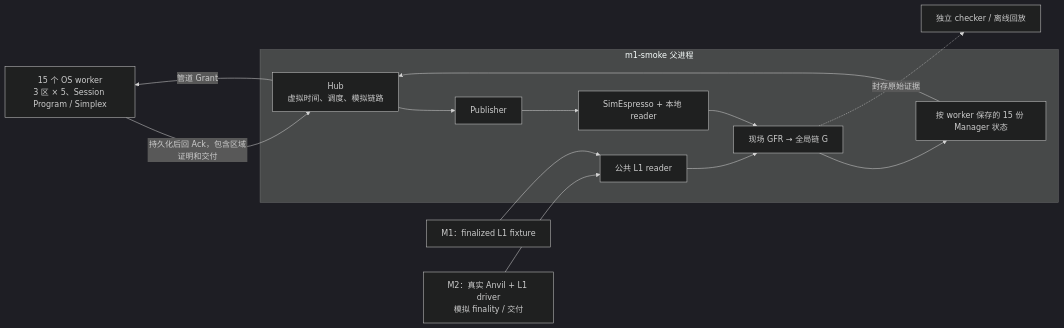
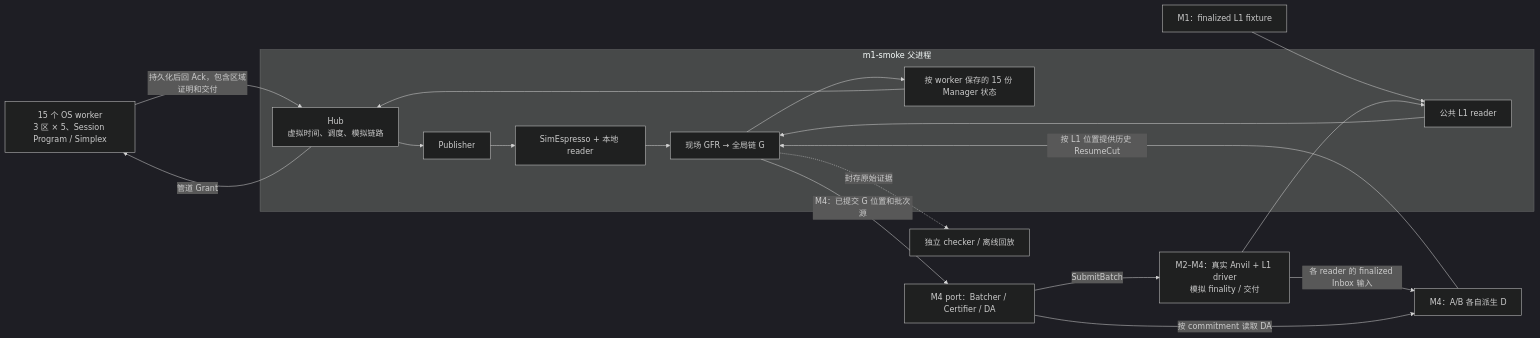
The diagram in poc/docs/PoC架构与阶段工作报告.md (Vieloooo/MegaRotation_POC), drawn with Mermaid (dark theme) before and after one commit. The commit also changed other lines of this file, not shown here.

````diff
--- a/poc/docs/PoC架构与阶段工作报告.md
+++ b/poc/docs/PoC架构与阶段工作报告.md
@@ -19,21 +19,26 @@
 ```mermaid
 flowchart LR
     W["15 个 OS worker<br/>3 区 × 5、Session Program / Simplex"]
     subgraph H["m1-smoke 父进程"]
         S["Hub<br/>虚拟时间、调度、模拟链路"]
         P["Publisher"]
         E["SimEspresso + 本地 reader"]
         G["现场 GFR → 全局链 G"]
         M["按 worker 保存的 15 份 Manager 状态"]
         L["公共 L1 reader"]
         P --> E --> G --> M
         L --> G
         M --> S
         S --> P
     end
     S -->|"管道 Grant"| W
     W -->|"持久化后回 Ack，包含区域证明和交付"| S
     F["M1：finalized L1 fixture"] --> L
-    A["M2：真实 Anvil + L1 driver<br/>模拟 finality / 交付"] --> L
+    A["M2–M4：真实 Anvil + L1 driver<br/>模拟 finality / 交付"] --> L
+    G -->|"M4：已提交 G 位置和批次源"| B["M4 port：Batcher / Certifier / DA"]
+    B -->|"SubmitBatch"| A
+    A -->|"各 reader 的 finalized Inbox 输入"| D["M4：A/B 各自派生 D"]
+    B -->|"按 commitment 读取 DA"| D
+    D -->|"按 L1 位置提供历史 ResumeCut"| G
     G -. "封存原始证据" .-> C["独立 checker / 离线回放"]
 ```
````
